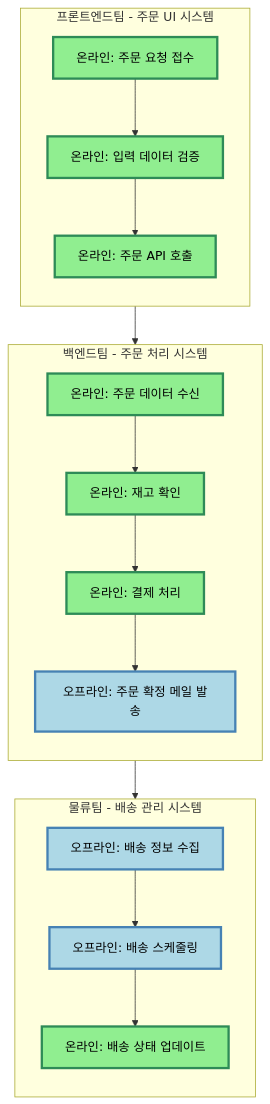
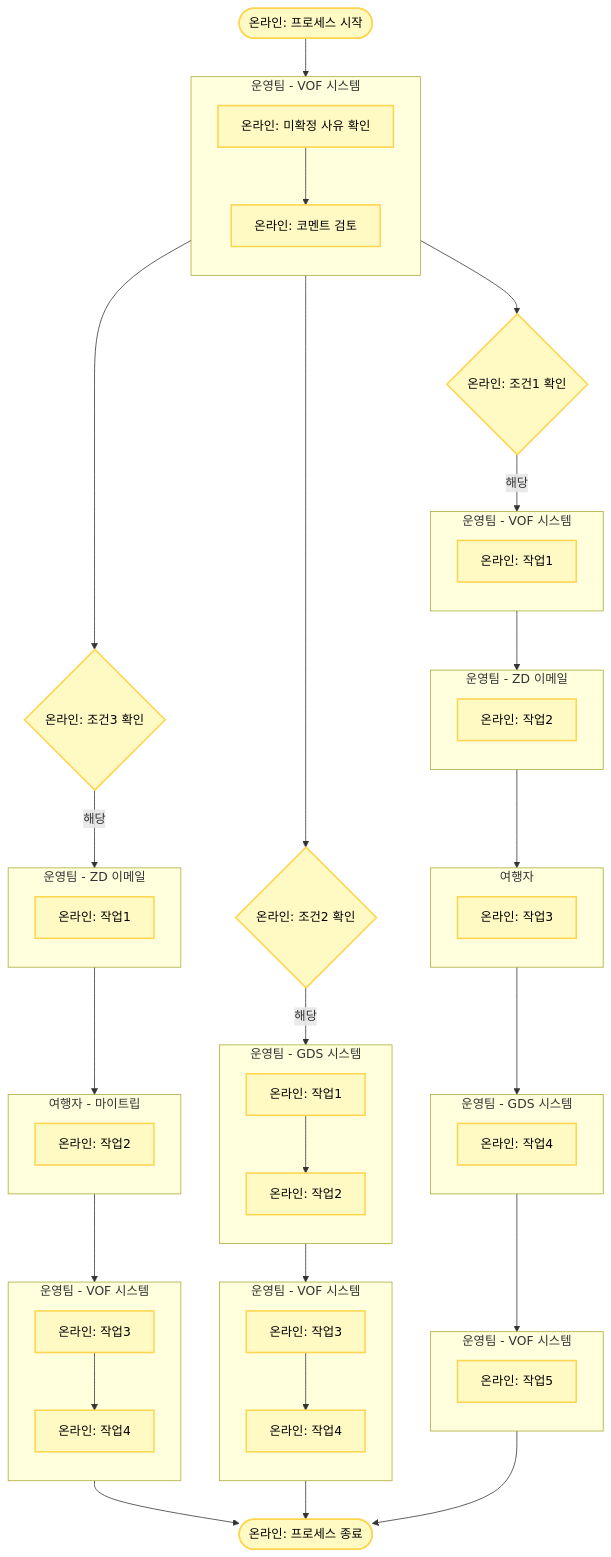
One commit to soyeonpark-ship-it/auto-issue-system changed the second of 3 diagrams in .cursor/rules/mermaid-flowchart.mdc. Above: the diagram before and after it, drawn with Mermaid. The commit also changed other lines of this file and 228 other files, not shown here.

````diff
--- a/.cursor/rules/mermaid-flowchart.mdc
+++ b/.cursor/rules/mermaid-flowchart.mdc
@@ -166,45 +453,96 @@
 ```mermaid
 flowchart TD
-    %% 프론트엔드팀 - 주문 UI 시스템
-    subgraph Frontend["프론트엔드팀 - 주문 UI 시스템"]
+    %% 시작 노드
+    Start([온라인: 프로세스 시작]):::online
+
+    %% 초기 검토 단계 - 연속된 같은 시스템은 통합
+    subgraph OPS_VOF_Review["운영팀 - VOF 시스템"]
         direction TB
-        F1[온라인: 주문 요청 접수]:::online
-        F2[온라인: 입력 데이터 검증]:::online
-        F3[온라인: 주문 API 호출]:::online
-        
-        F1 --> F2
-        F2 --> F3
+        C1[온라인: 미확정 사유 확인]:::online
+        C2[온라인: 코멘트 검토]:::online
     end
+
+    %% 조건 분기 노드들 (subgraph 외부, 병렬)
+    Cond1{온라인: 조건1 확인}:::online
+    Cond2{온라인: 조건2 확인}:::online
+    Cond3{온라인: 조건3 확인}:::online
+
+    %% 분기 경로 1: VOF → ZD → 여행자 → GDS → VOF
+    %% 중간에 다른 시스템이 끼어있으므로 각각 분리
+    subgraph Path1_VOF1["운영팀 - VOF 시스템"]
+        direction TB
+        D1[온라인: 작업1]:::online
+    end
+
+    subgraph Path1_ZD["운영팀 - ZD 이메일"]
+        direction TB
+        E1[온라인: 작업2]:::online
+    end
+
+    subgraph Path1_Traveler["여행자"]
+        direction TB
+        F1[온라인: 작업3]:::online
+    end
+
+    subgraph Path1_GDS["운영팀 - GDS 시스템"]
+        direction TB
+        G1[온라인: 작업4]:::online
+    end
+
+    subgraph Path1_VOF2["운영팀 - VOF 시스템"]
+        direction TB
+        H1[온라인: 작업5]:::online
+    end
+
+    %% 분기 경로 2: GDS → GDS → VOF → VOF
+    %% 연속된 같은 시스템은 통합
+    subgraph Path2_GDS["운영팀 - GDS 시스템"]
+        direction TB
+        L1[온라인: 작업1]:::online
+        L2[온라인: 작업2]:::online
+    end
+
+    subgraph Path2_VOF["운영팀 - VOF 시스템"]
+        direction TB
+        M1[온라인: 작업3]:::online
+        N1[온라인: 작업4]:::online
+    end
+
+    %% 분기 경로 3: ZD → 여행자 → VOF → VOF
+    %% 연속된 VOF는 통합
+    subgraph Path3_ZD["운영팀 - ZD 이메일"]
+        direction TB
+        O1[온라인: 작업1]:::online
+    end
+
+    subgraph Path3_Traveler["여행자 - 마이트립"]
+        direction TB
+        P1[온라인: 작업2]:::online
+    end
+
+    subgraph Path3_VOF["운영팀 - VOF 시스템"]
+        direction TB
+        Q1[온라인: 작업3]:::online
+        R1[온라인: 작업4]:::online
+    end
+
+    %% 종료 노드
+    End([온라인: 프로세스 종료]):::online
+
+    %% 연결 흐름
+    Start --> C1 --> C2
     
-    %% 백엔드팀 - 주문 처리 시스템
-    subgraph Backend["백엔드팀 - 주문 처리 시스템"]
-        direction TB
-        B1[온라인: 주문 데이터 수신]:::online
-        B2[온라인: 재고 확인]:::online
-        B3[온라인: 결제 처리]:::online
-        B4[오프라인: 주문 확정 메일 발송]:::offline
-        
-        B1 --> B2
-        B2 --> B3
-        B3 --> B4
-    end
-    
-    %% 물류팀 - 배송 관리 시스템
-    subgraph Logistics["물류팀 - 배송 관리 시스템"]
-        direction TB
-        L1[오프라인: 배송 정보 수집]:::offline
-        L2[오프라인: 배송 스케줄링]:::offline
-        L3[온라인: 배송 상태 업데이트]:::online
-        
-        L1 --> L2
-        L2 --> L3
-    end
-    
-    %% 시스템 간 연결
-    F3 --> B1
-    B4 --> L1
-    
+    %% 검토 후 병렬로 여러 조건 분기
+    C2 --> Cond1
+    C2 --> Cond2
+    C2 --> Cond3
+
+    %% 각 조건별 처리 - 해당하는 경우만 (미해당 경로 없음)
+    Cond1 -->|해당| D1 --> E1 --> F1 --> G1 --> H1 --> End
+    Cond2 -->|해당| L1 --> L2 --> M1 --> N1 --> End
+    Cond3 -->|해당| O1 --> P1 --> Q1 --> R1 --> End
+
     %% 스타일 정의
-    classDef online fill:#90EE90,stroke:#2E8B57,stroke-width:3px,color:#000
-    classDef offline fill:#ADD8E6,stroke:#4682B4,stroke-width:3px,color:#000
+    classDef online fill:#FFF9C4,stroke:#FFD54F,stroke-width:2px,color:#000
+    classDef offline fill:#FFE0B2,stroke:#FFB74D,stroke-width:2px,color:#000
 ```
````
